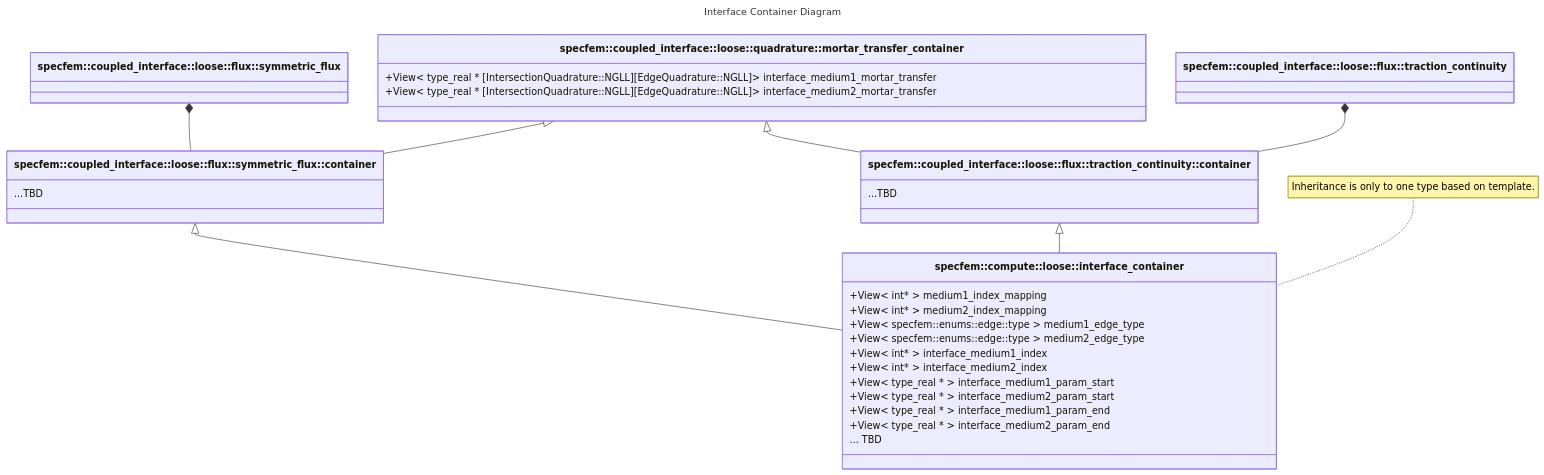
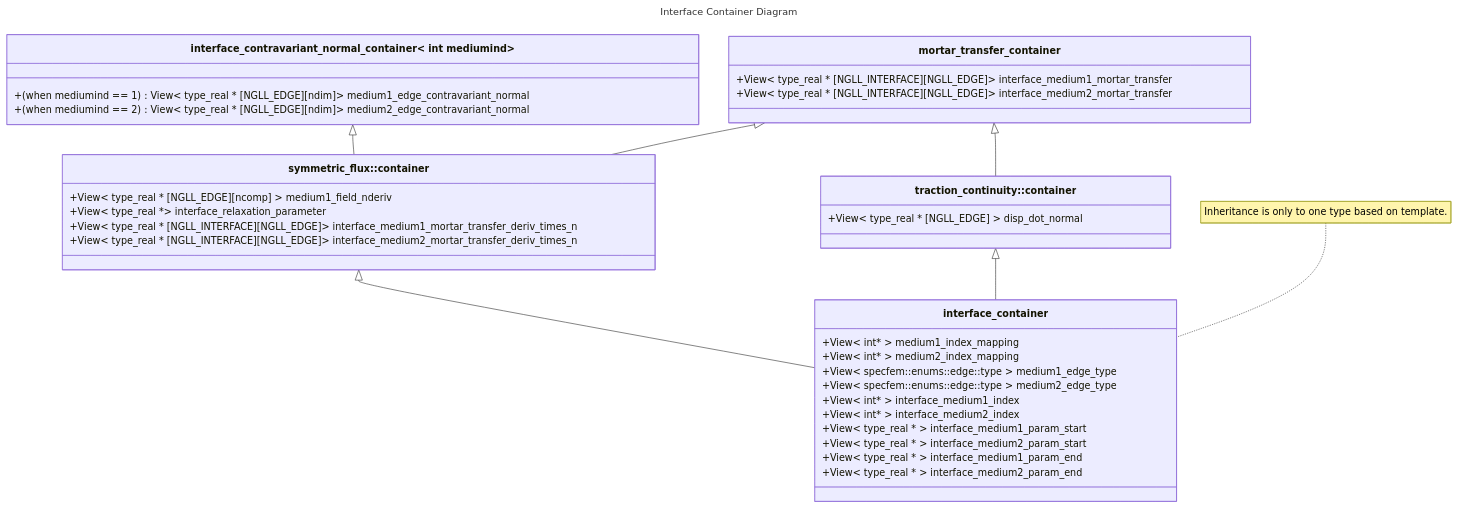
One commit to int-ptr-ptr/SPECFEMPP changed the diagram in workflow_int_ptr_ptr/lci_plan.md. Above: the diagram before and after it, drawn with Mermaid. The commit also changed other lines of this file and 9 other files, not shown here.

````diff
--- a/workflow_int_ptr_ptr/lci_plan.md
+++ b/workflow_int_ptr_ptr/lci_plan.md
@@ -41,42 +40,51 @@
 ```mermaid
 ---
 title: Interface Container Diagram
 ---
 classDiagram
-  class symmetric_flux["specfem::coupled_interface::loose::flux::symmetric_flux"]
-  class mortar_transfer_container["specfem::coupled_interface::loose::quadrature::mortar_transfer_container"]{
-    +View< type_real * [IntersectionQuadrature::NGLL][EdgeQuadrature::NGLL]> interface_medium1_mortar_transfer
-    +View< type_real * [IntersectionQuadrature::NGLL][EdgeQuadrature::NGLL]> interface_medium2_mortar_transfer
+  class symmetric_flux["symmetric_flux::container"]{
+  +View< type_real * [NGLL_EDGE][ncomp] > medium1_field_nderiv
+  +View< type_real *> interface_relaxation_parameter
+  +View< type_real * [NGLL_INTERFACE][NGLL_EDGE]> interface_medium1_mortar_transfer_deriv_times_n
+  +View< type_real * [NGLL_INTERFACE][NGLL_EDGE]> interface_medium2_mortar_transfer_deriv_times_n
   }
-  class traction_continuity["specfem::coupled_interface::loose::flux::traction_continuity"]
-  class interface_container["specfem::compute::loose::interface_container"]{
+  link symmetric_flux "#interfacedoc_symmetric_flux_container"
+  class traction_continuity["traction_continuity::container"]{
+    +View< type_real * [NGLL_EDGE] > disp_dot_normal
+  }
+  link traction_continuity "#interfacedoc_traction_continuity_container"
+  class interface_contravariant_normal_container["interface_contravariant_normal_container< int mediumind>"]{
+    +(when mediumind == 1) View< type_real * [NGLL_EDGE][ndim]> medium1_edge_contravariant_normal
+    +(when mediumind == 2) View< type_real * [NGLL_EDGE][ndim]> medium2_edge_contravariant_normal
+  }
+  link interface_contravariant_normal_container "#interfacedoc_interface_contravariant_normal_container"
+  class mortar_transfer_container{
+    +View< type_real * [NGLL_INTERFACE][NGLL_EDGE]> interface_medium1_mortar_transfer
+    +View< type_real * [NGLL_INTERFACE][NGLL_EDGE]> interface_medium2_mortar_transfer
+  }
+  link mortar_transfer_container "#interfacedoc_mortar_transfer_container"
+
+
+  class interface_container{
     +View< int* > medium1_index_mapping
     +View< int* > medium2_index_mapping
     +View< specfem::enums::edge::type > medium1_edge_type
     +View< specfem::enums::edge::type > medium2_edge_type
     +View< int* > interface_medium1_index
     +View< int* > interface_medium2_index
     +View< type_real * > interface_medium1_param_start
     +View< type_real * > interface_medium2_param_start
     +View< type_real * > interface_medium1_param_end
     +View< type_real * > interface_medium2_param_end
-    ... TBD
   }
+  link interface_container "#interfacedoc_interface_container"
 
-  class symmetric_flux_container["specfem::coupled_interface::loose::flux::symmetric_flux::container"]{
-    ...TBD
-  }
-  symmetric_flux *-- symmetric_flux_container
-  class traction_continuity_container["specfem::coupled_interface::loose::flux::traction_continuity::container"]{
-    ...TBD
-  }
-  traction_continuity *-- traction_continuity_container
+  symmetric_flux <|-- interface_container
+  traction_continuity <|-- interface_container
 
-  symmetric_flux_container <|-- interface_container
-  traction_continuity_container <|-- interface_container
-
-  mortar_transfer_container <|-- symmetric_flux_container
-  mortar_transfer_container <|-- traction_continuity_container
+  mortar_transfer_container <|-- symmetric_flux
+  interface_contravariant_normal_container <|-- symmetric_flux
+  mortar_transfer_container <|-- traction_continuity
 
   note for interface_container "Inheritance is only to one type based on template."
 ```
````
